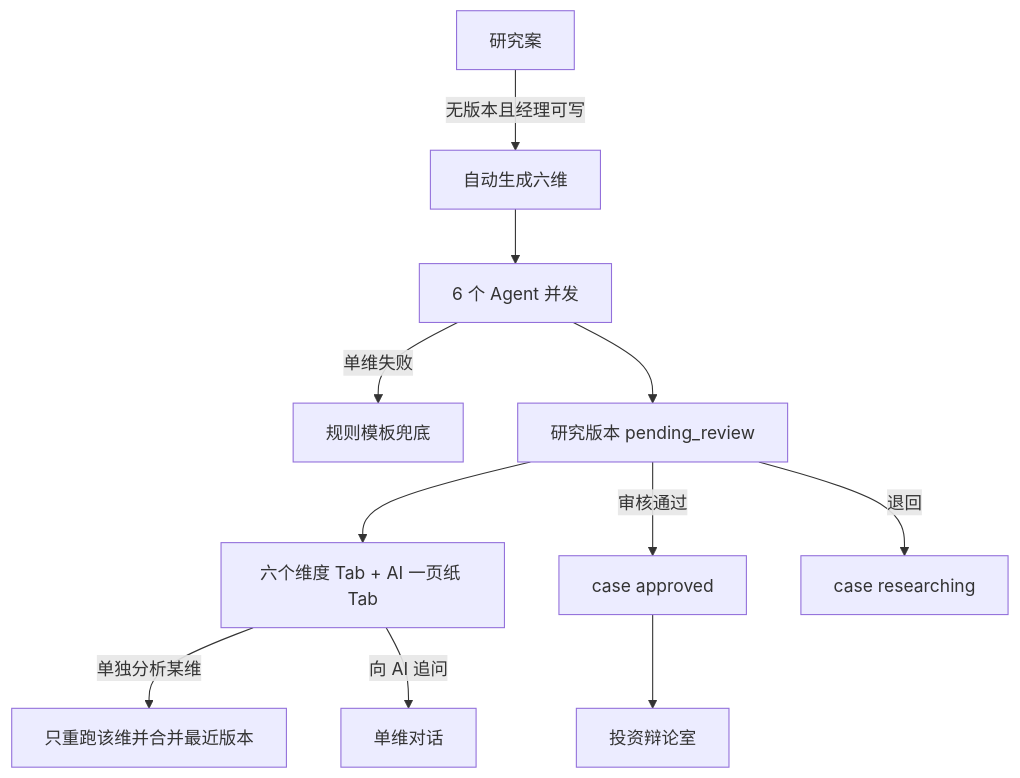
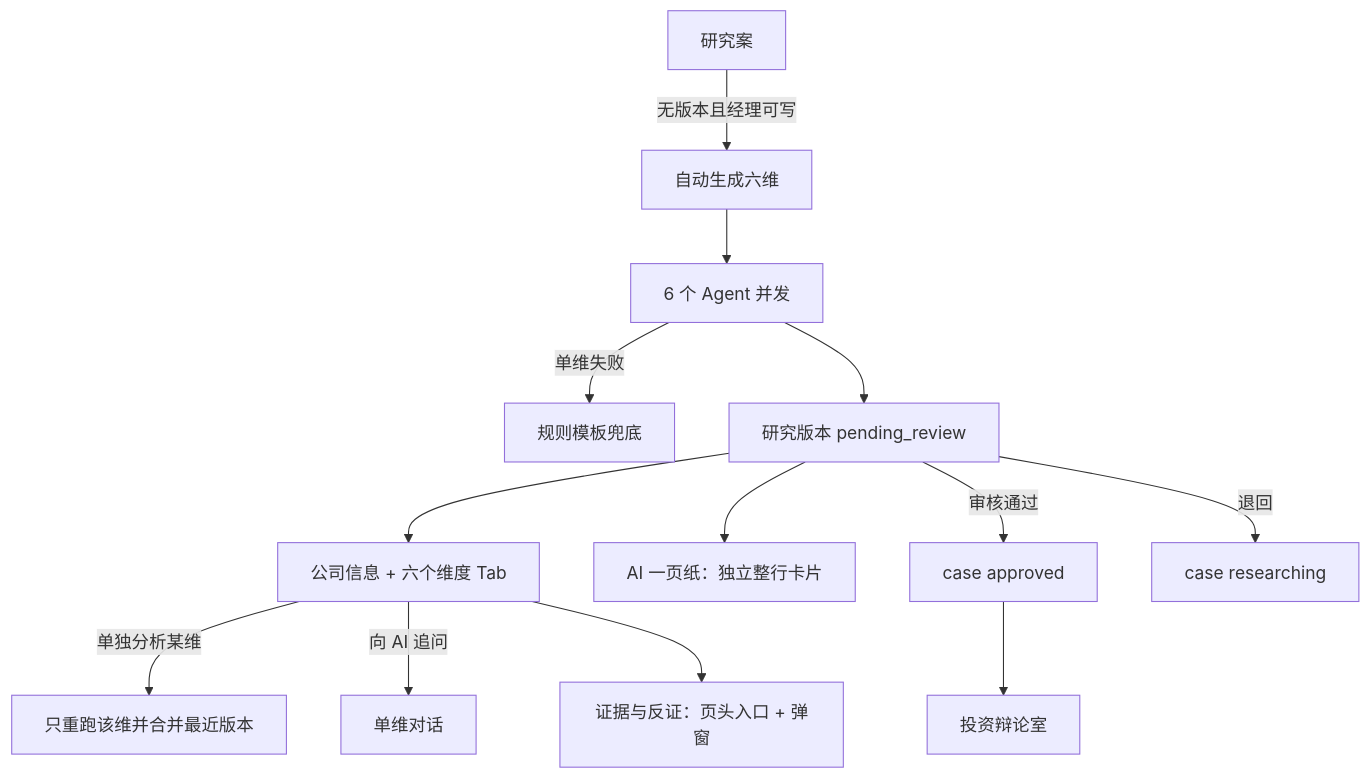
Before and after one commit to dushilieerem/1: the fourth of 10 diagrams in docs/功能包/FEAT-034-机构端首版闭环/机构端业务流程与模块内流程-2026-11-04.md, drawn with Mermaid. The commit also changed other lines of this file and 8 other files, not shown here.

````diff
--- a/docs/功能包/FEAT-034-机构端首版闭环/机构端业务流程与模块内流程-2026-11-04.md
+++ b/docs/功能包/FEAT-034-机构端首版闭环/机构端业务流程与模块内流程-2026-11-04.md
@@ -124,13 +124,15 @@
 ```mermaid
 flowchart TD
   R[研究案] -->|无版本且经理可写| G[自动生成六维]
   G --> A1[6 个 Agent 并发]
   A1 -->|单维失败| F[规则模板兜底]
   A1 --> V[研究版本 pending_review]
-  V --> T[六个维度 Tab + AI 一页纸 Tab]
+  V --> T[公司信息 + 六个维度 Tab]
   T -->|单独分析某维| G2[只重跑该维并合并最近版本]
   T -->|向 AI 追问| Q[单维对话]
+  V --> M[AI 一页纸：独立整行卡片]
+  T --> E[证据与反证：页头入口 + 弹窗]
   V -->|审核通过| AP[case approved]
   V -->|退回| RT[case researching]
   AP --> D[投资辩论室]
 ```
````
